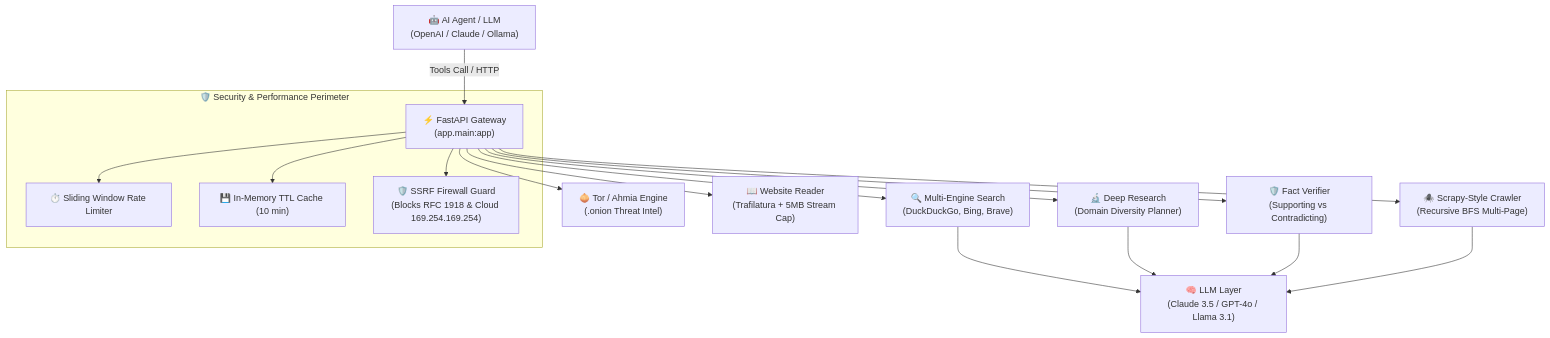
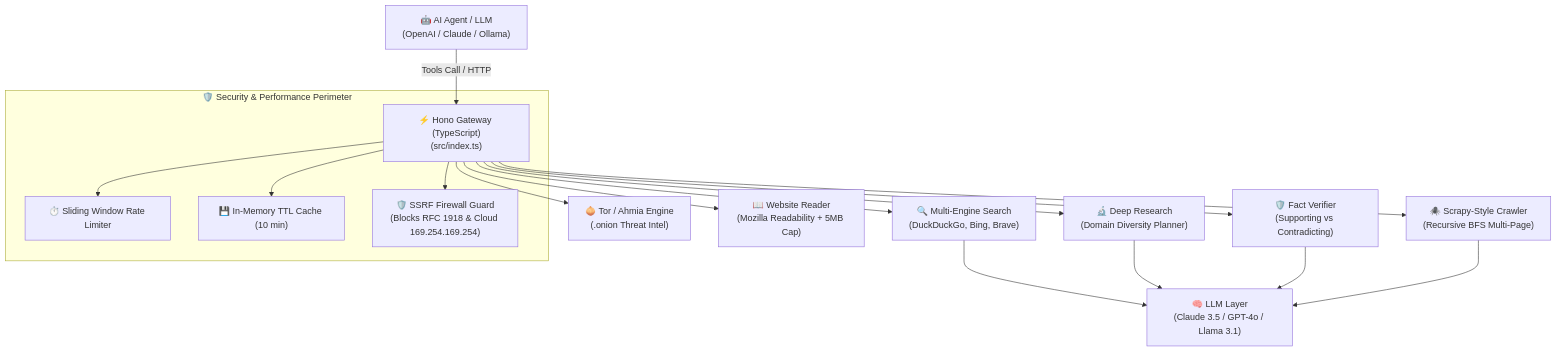
The diagram in README.md (flysand-ZR-7/live-info-plugin), drawn with Mermaid before and after one commit. The commit also changed other lines of this file and 48 other files, not shown here.

Commit message:
refactor: migrate core plugin to high-performance TypeScript with Hono and Mozilla Readability

````diff
--- a/README.md
+++ b/README.md
@@ -78,22 +76,22 @@
 ```mermaid
 graph TD
-    User["🤖 AI Agent / LLM<br/>(OpenAI / Claude / Ollama)"] -->|Tools Call / HTTP| API["⚡ FastAPI Gateway<br/>(app.main:app)"]
+    User["🤖 AI Agent / LLM<br/>(OpenAI / Claude / Ollama)"] -->|Tools Call / HTTP| API["⚡ Hono Gateway (TypeScript)<br/>(src/index.ts)"]
     
     subgraph Gateway["🛡️ Security & Performance Perimeter"]
         API --> RateLimit["⏱️ Sliding Window Rate Limiter"]
         API --> Cache["💾 In-Memory TTL Cache (10 min)"]
         API --> SSRF["🛡️ SSRF Firewall Guard<br/>(Blocks RFC 1918 & Cloud 169.254.169.254)"]
     end
 
     API --> Search["🔍 Multi-Engine Search<br/>(DuckDuckGo, Bing, Brave)"]
     API --> DarkWeb["🧅 Tor / Ahmia Engine<br/>(.onion Threat Intel)"]
-    API --> Reader["📖 Website Reader<br/>(Trafilatura + 5MB Stream Cap)"]
+    API --> Reader["📖 Website Reader<br/>(Mozilla Readability + 5MB Cap)"]
     API --> Crawler["🕷️ Scrapy-Style Crawler<br/>(Recursive BFS Multi-Page)"]
     API --> Research["🔬 Deep Research<br/>(Domain Diversity Planner)"]
     API --> Verify["🛡️ Fact Verifier<br/>(Supporting vs Contradicting)"]
 
     Search --> LLM["🧠 LLM Layer<br/>(Claude 3.5 / GPT-4o / Llama 3.1)"]
     Research --> LLM
     Verify --> LLM
     Crawler --> LLM
 ```
````
